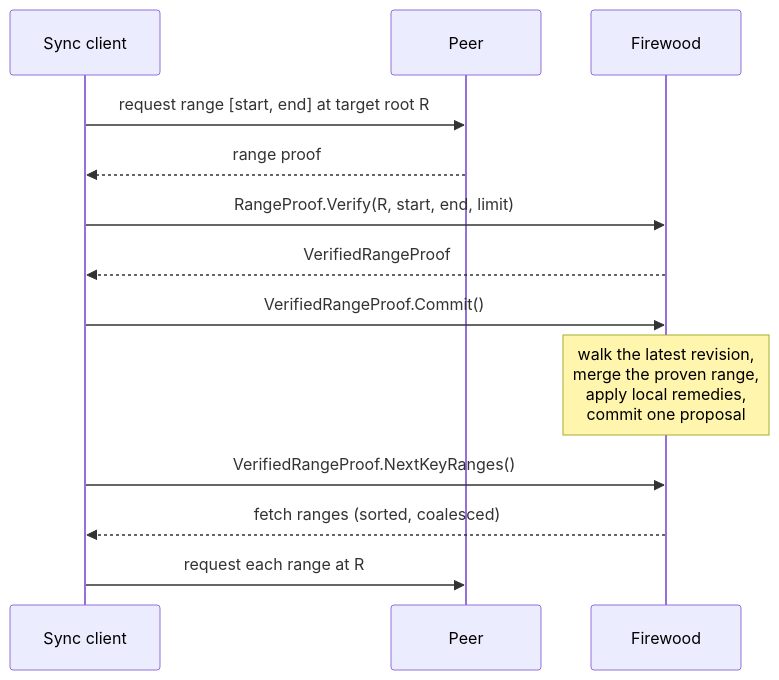
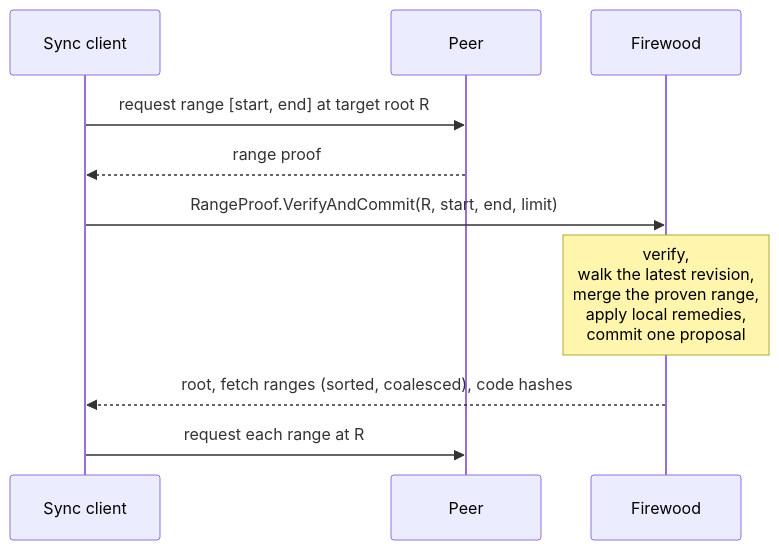
The diagram in docs/src/designs/2026-10-26-next-key-ranges.md (ava-labs/firewood), drawn with Mermaid before and after one commit. The commit also changed other lines of this file, not shown here.

````diff
--- a/docs/src/designs/2026-10-26-next-key-ranges.md
+++ b/docs/src/designs/2026-10-26-next-key-ranges.md
@@ -107,15 +128,12 @@
 ```mermaid
 sequenceDiagram
     participant C as Sync client
     participant P as Peer
     participant F as Firewood
     C->>P: request range [start, end] at target root R
     P-->>C: range proof
-    C->>F: RangeProof.Verify(R, start, end, limit)
-    F-->>C: VerifiedRangeProof
-    C->>F: VerifiedRangeProof.Commit()
-    Note over F: walk the latest revision,<br/>merge the proven range,<br/>apply local remedies,<br/>commit one proposal
-    C->>F: VerifiedRangeProof.NextKeyRanges()
-    F-->>C: fetch ranges (sorted, coalesced)
+    C->>F: RangeProof.VerifyAndCommit(R, start, end, limit)
+    Note over F: verify,<br/>walk the latest revision,<br/>merge the proven range,<br/>apply local remedies,<br/>commit one proposal
+    F-->>C: root, fetch ranges (sorted, coalesced), code hashes
     C->>P: request each range at R
 ```
````
